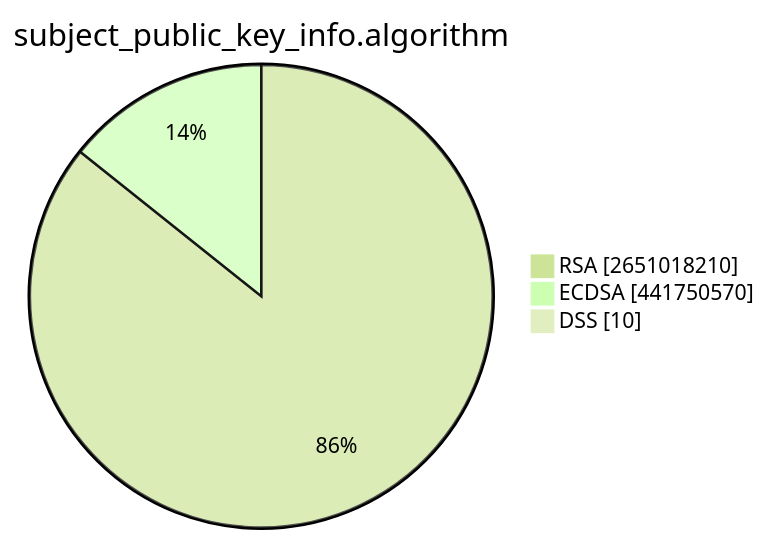
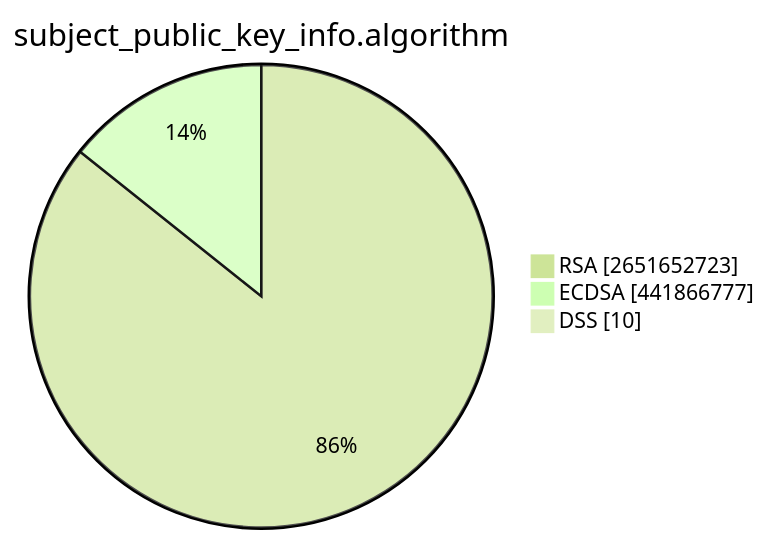
One commit to christiankrug/ctmonitor_visualization changed the second of 15 diagrams in TOTAL/README.md. Above: the diagram before and after it, drawn with Mermaid (forest theme). The commit also changed other lines of this file, not shown here.

````diff
--- a/TOTAL/README.md
+++ b/TOTAL/README.md
@@ -6,7 +6,7 @@
 ```mermaid
 pie showData
 title subject_public_key_info.algorithm
-"RSA" :2651018210
-"ECDSA" :441750570
+"RSA" :2651652723
+"ECDSA" :441866777
 "DSS" :10
 ```
````
